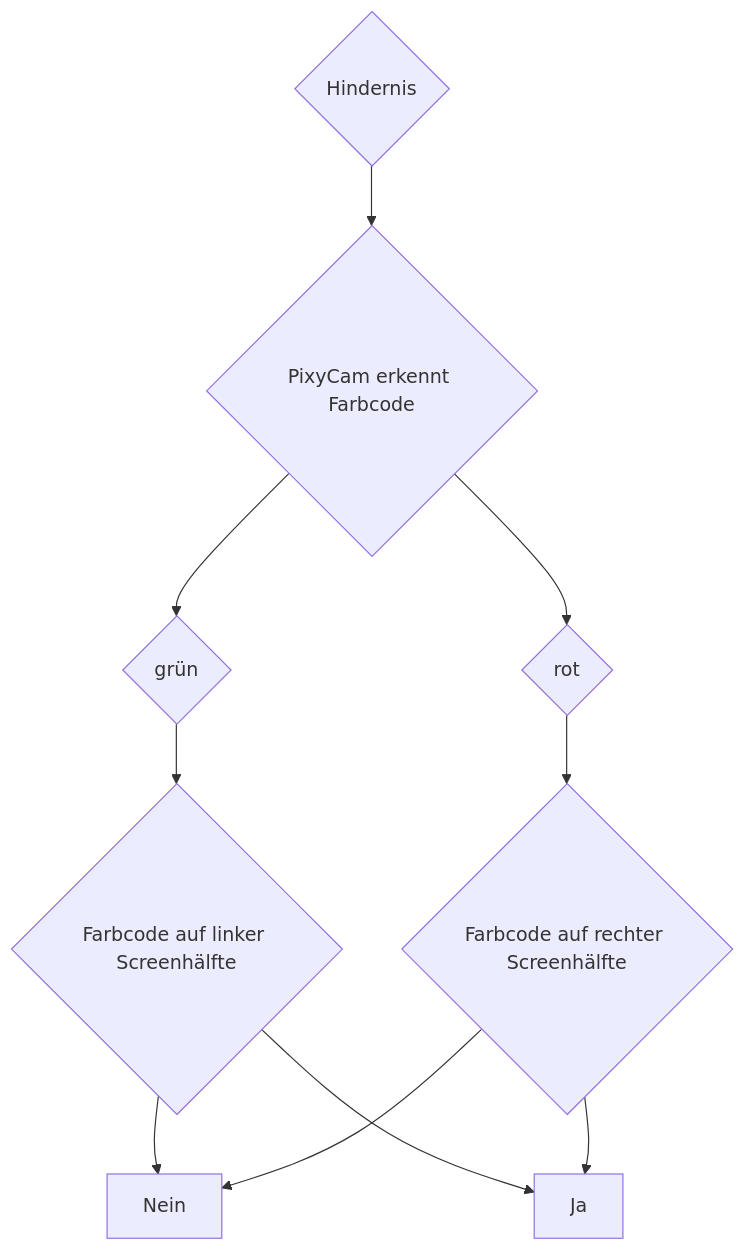
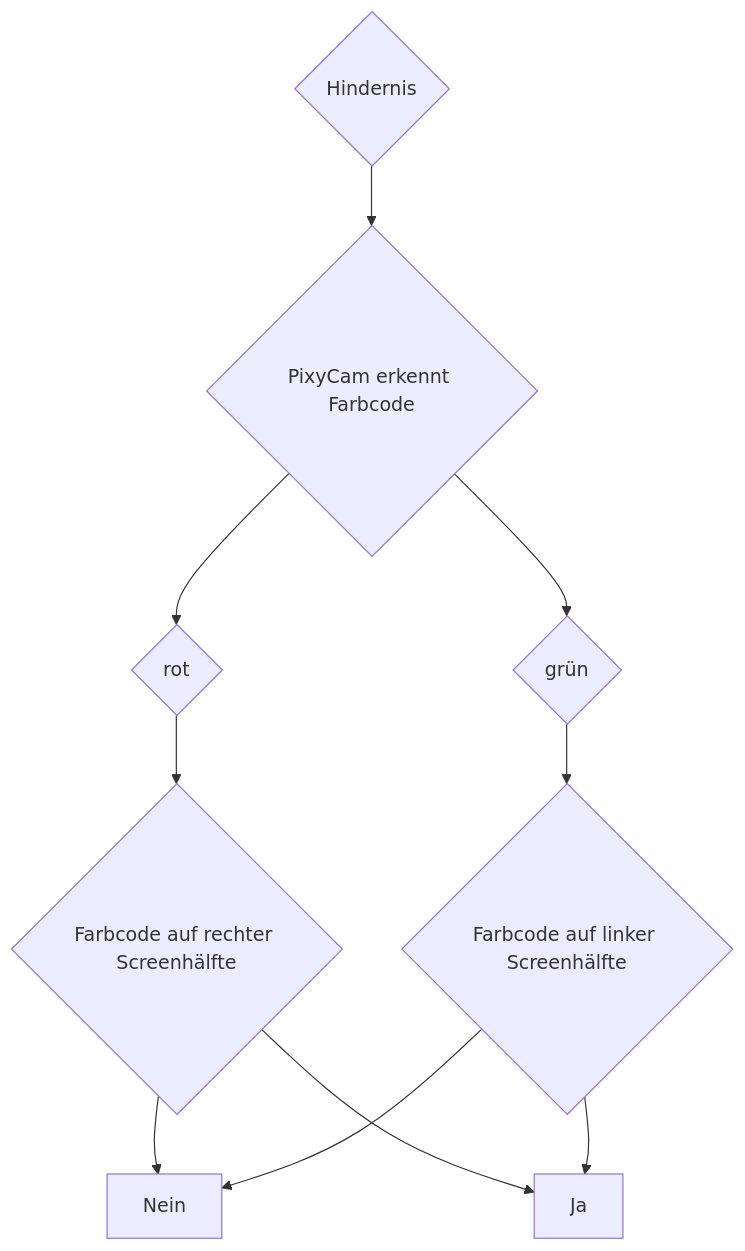
One commit to SchroedingersBit/PfortGTPanama changed the diagram in Programme/Hindernisrennen/README.md. Above: the diagram before and after it, drawn with Mermaid.

````diff
--- a/Programme/Hindernisrennen/README.md
+++ b/Programme/Hindernisrennen/README.md
@@ -4,8 +4,8 @@
 ```mermaid
 graph TB;
 A{Hindernis} -->B{PixyCam erkennt Farbcode};
 B-->E{grün}-->C1{Farbcode auf linker Screenhälfte};
 B-->C{rot}-->C2{Farbcode auf rechter Screenhälfte};
-C1 --> Nein;C1-->Ja
-C2 --> Nein; C2-->Ja 
+C2 --> Nein; C2-->Ja;
+C1 --> Nein;C1-->Ja;
 ```
````
